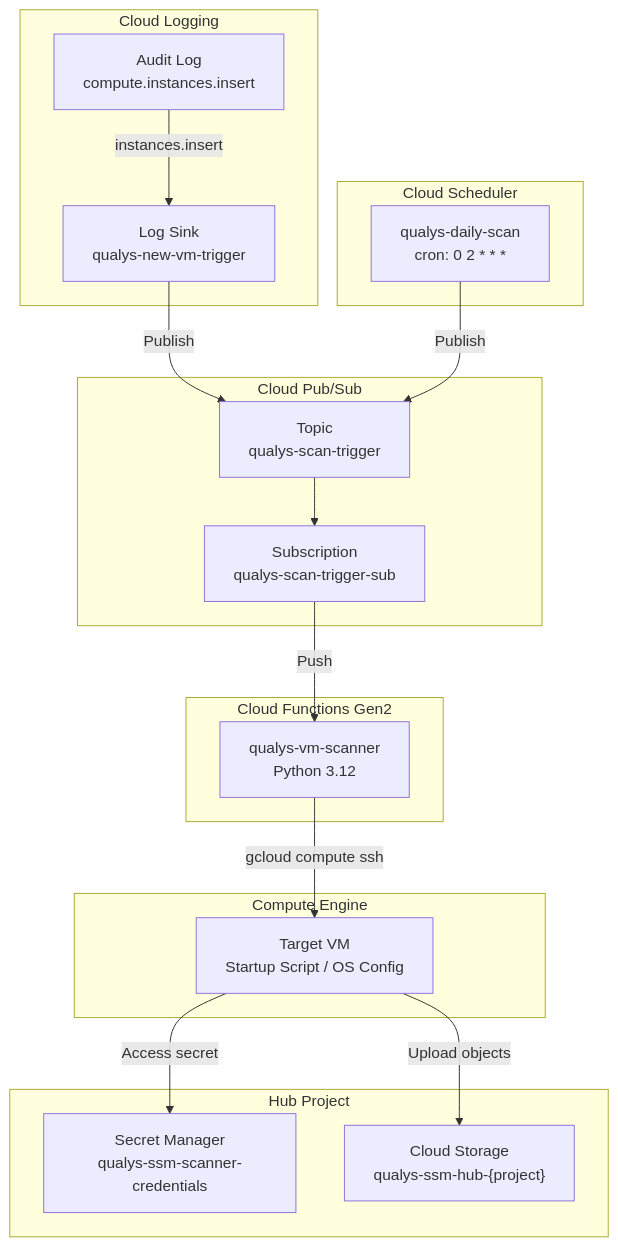
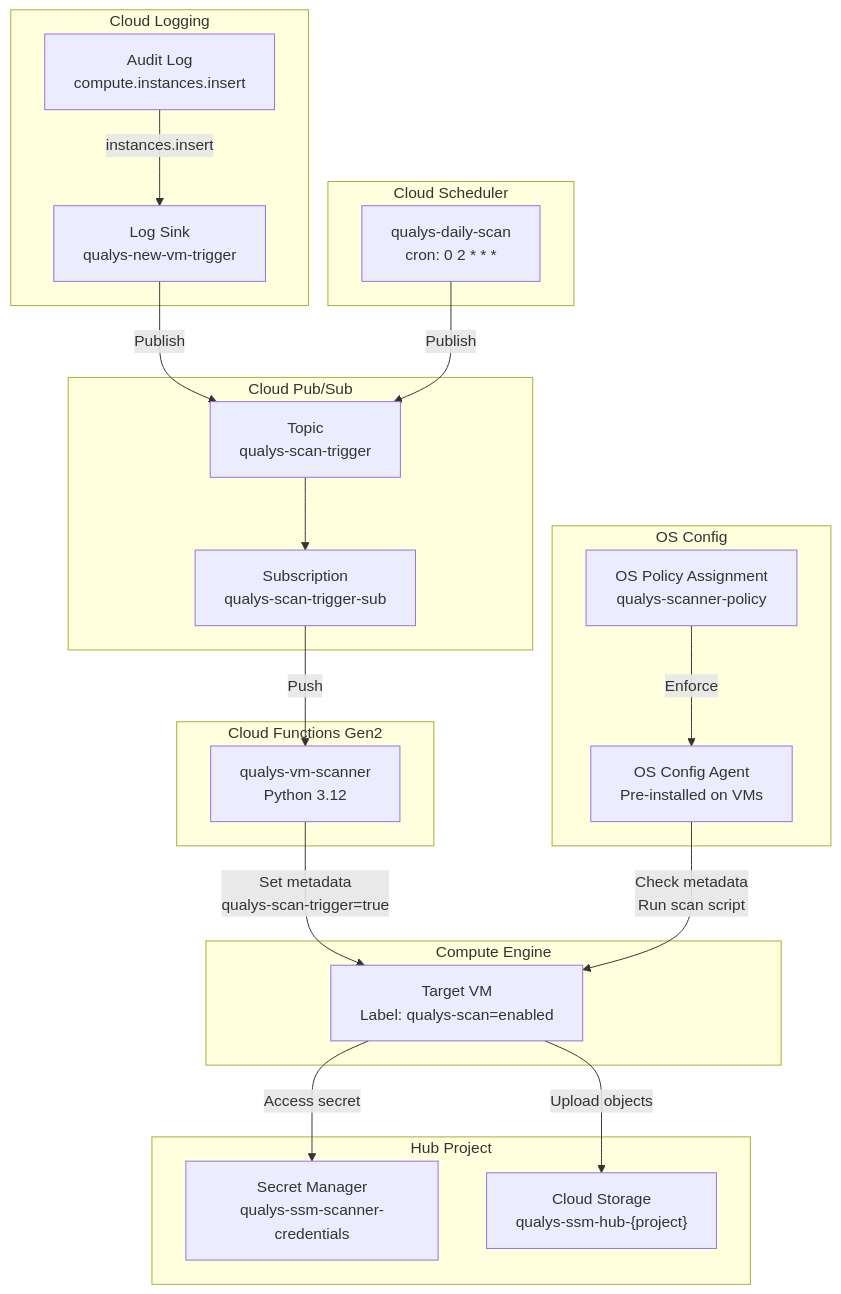
Before and after one commit to nelssec/qualys-ssm: diagram 13 of 16 in docs/technical-blog.md, drawn with Mermaid. The commit also changed other lines of this file and 1 other file, not shown here.

Commit message:
Add OS Config agent support for GCP VM scanning

````diff
--- a/docs/technical-blog.md
+++ b/docs/technical-blog.md
@@ -422,38 +423,45 @@
 ```mermaid
 flowchart TB
     subgraph Logging["Cloud Logging"]
         AuditLog["Audit Log<br/>compute.instances.insert"]
         Sink["Log Sink<br/>qualys-new-vm-trigger"]
     end
 
     subgraph Messaging["Cloud Pub/Sub"]
         Topic["Topic<br/>qualys-scan-trigger"]
         Subscription["Subscription<br/>qualys-scan-trigger-sub"]
     end
 
     subgraph Functions["Cloud Functions Gen2"]
         Scanner["qualys-vm-scanner<br/>Python 3.12"]
     end
 
     subgraph Scheduler["Cloud Scheduler"]
         Job["qualys-daily-scan<br/>cron: 0 2 * * *"]
     end
 
+    subgraph OSConfig["OS Config"]
+        Policy["OS Policy Assignment<br/>qualys-scanner-policy"]
+        Agent["OS Config Agent<br/>Pre-installed on VMs"]
+    end
+
     subgraph Compute["Compute Engine"]
-        VM["Target VM<br/>Startup Script / OS Config"]
+        VM["Target VM<br/>Label: qualys-scan=enabled"]
     end
 
     subgraph Hub["Hub Project"]
         SecretMgr["Secret Manager<br/>qualys-ssm-scanner-credentials"]
         GCS["Cloud Storage<br/>qualys-ssm-hub-{project}"]
     end
 
     AuditLog -->|"instances.insert"| Sink
     Sink -->|"Publish"| Topic
     Job -->|"Publish"| Topic
     Topic --> Subscription
     Subscription -->|"Push"| Scanner
-    Scanner -->|"gcloud compute ssh"| VM
+    Scanner -->|"Set metadata<br/>qualys-scan-trigger=true"| VM
+    Policy -->|"Enforce"| Agent
+    Agent -->|"Check metadata<br/>Run scan script"| VM
     VM -->|"Access secret"| SecretMgr
     VM -->|"Upload objects"| GCS
 ```
````
